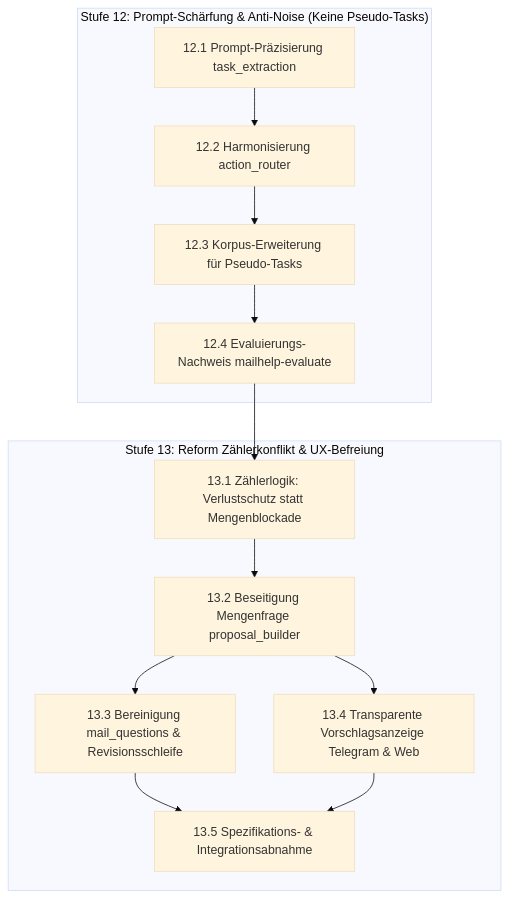
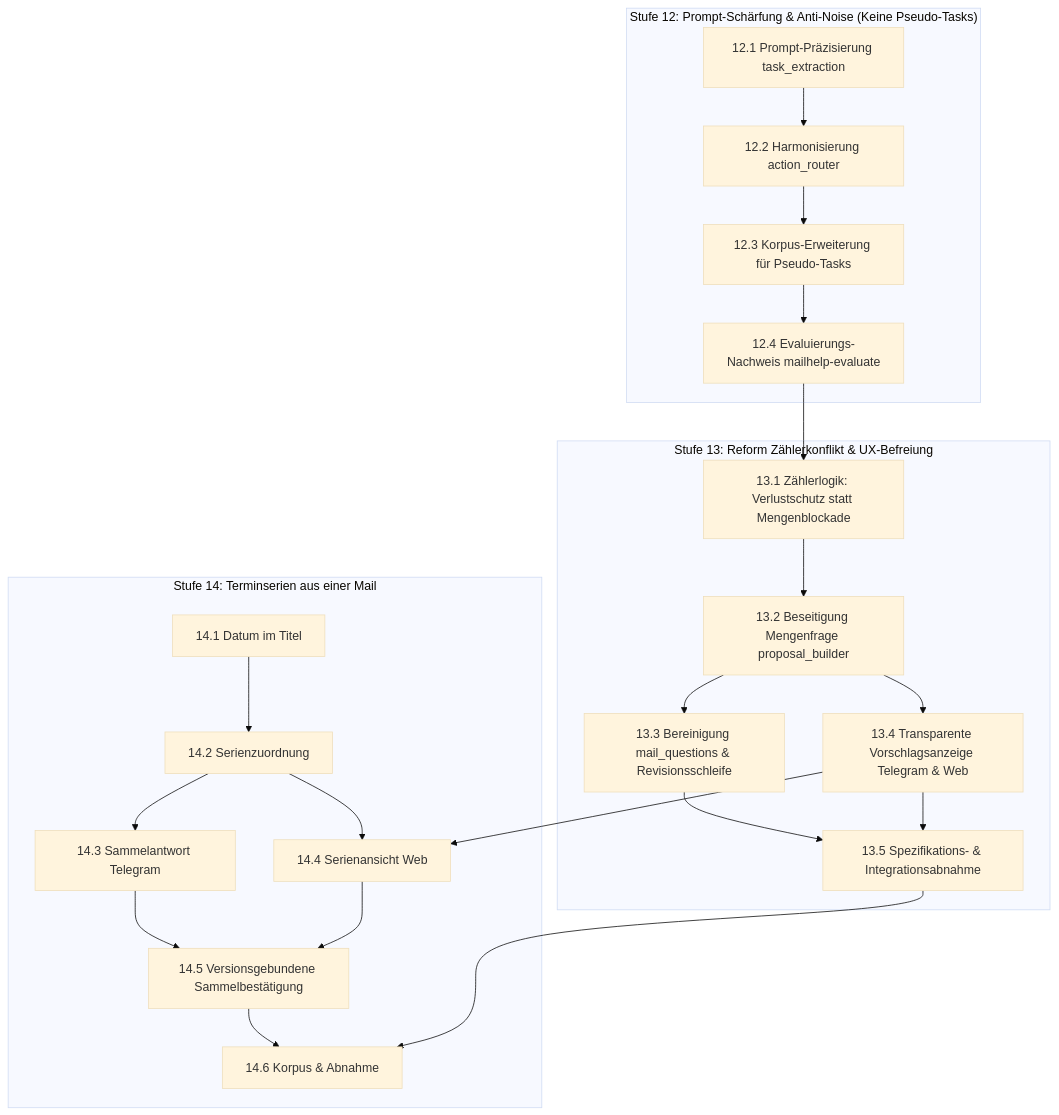
Before and after one commit to Teichhofer/Mailhelp: the diagram in docs/Planung-4.3.md, drawn with Mermaid (base theme). The commit also changed other lines of this file and 100 other files, not shown here.

First line of the commit message:
Add tests for local closure, series flow, and UI interactions

````diff
--- a/docs/Planung-4.3.md
+++ b/docs/Planung-4.3.md
@@ -53,16 +74,26 @@
 ```mermaid
 flowchart TD
     subgraph Stufe12["Stufe 12: Prompt-Schärfung & Anti-Noise (Keine Pseudo-Tasks)"]
         P1["12.1 Prompt-Präzisierung task_extraction"] --> P2["12.2 Harmonisierung action_router"]
         P2 --> P3["12.3 Korpus-Erweiterung für Pseudo-Tasks"]
         P3 --> P4["12.4 Evaluierungs-Nachweis mailhelp-evaluate"]
     end
     subgraph Stufe13["Stufe 13: Reform Zählerkonflikt & UX-Befreiung"]
         C1["13.1 Zählerlogik: Verlustschutz statt Mengenblockade"] --> C2["13.2 Beseitigung Mengenfrage proposal_builder"]
         C2 --> C3["13.3 Bereinigung mail_questions & Revisionsschleife"]
         C2 --> C4["13.4 Transparente Vorschlagsanzeige Telegram & Web"]
         C3 --> C5["13.5 Spezifikations- & Integrationsabnahme"]
         C4 --> C5
     end
+    subgraph Stufe14["Stufe 14: Terminserien aus einer Mail"]
+        S1["14.1 Datum im Titel"] --> S2["14.2 Serienzuordnung"]
+        S2 --> S3["14.3 Sammelantwort Telegram"]
+        S2 --> S4["14.4 Serienansicht Web"]
+        S3 --> S5["14.5 Versionsgebundene Sammelbestätigung"]
+        S4 --> S5
+        S5 --> S6["14.6 Korpus & Abnahme"]
+    end
     P4 --> C1
+    C4 --> S4
+    C5 --> S6
 ```
````
